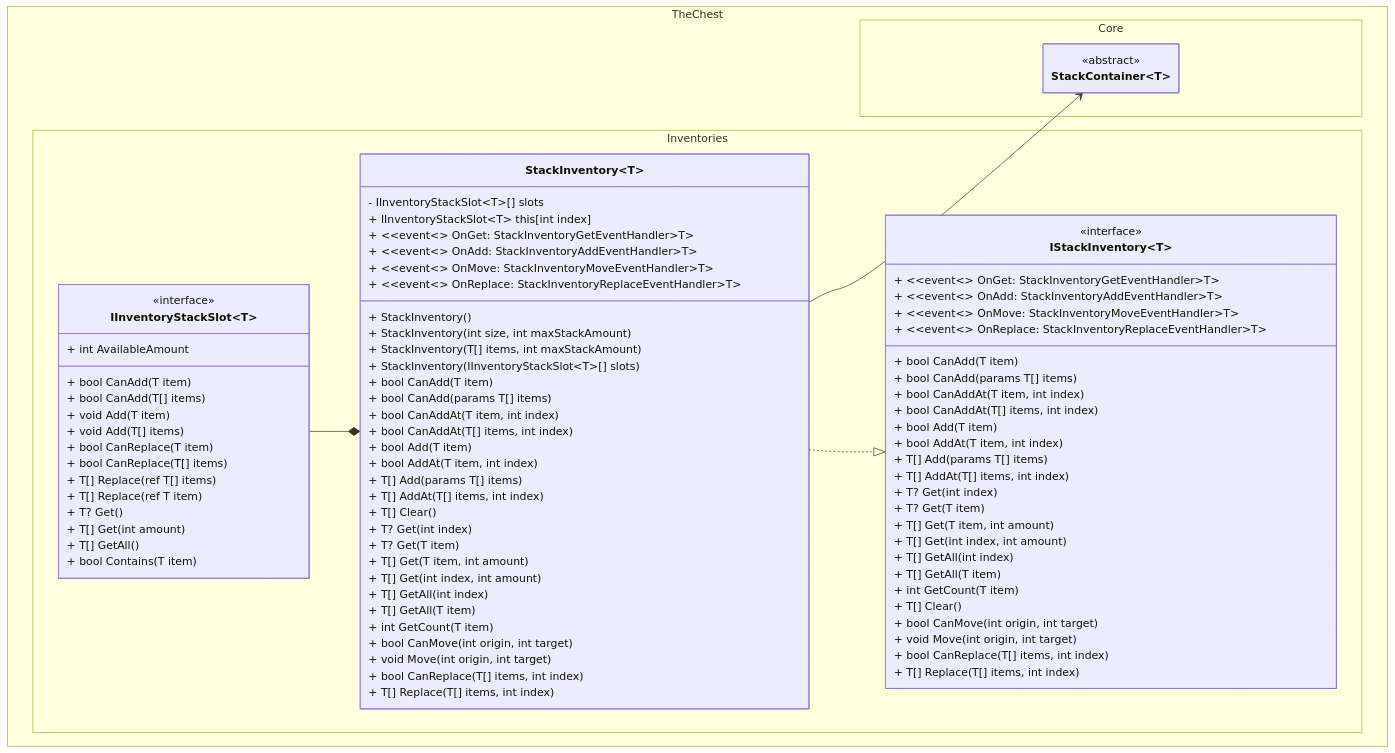
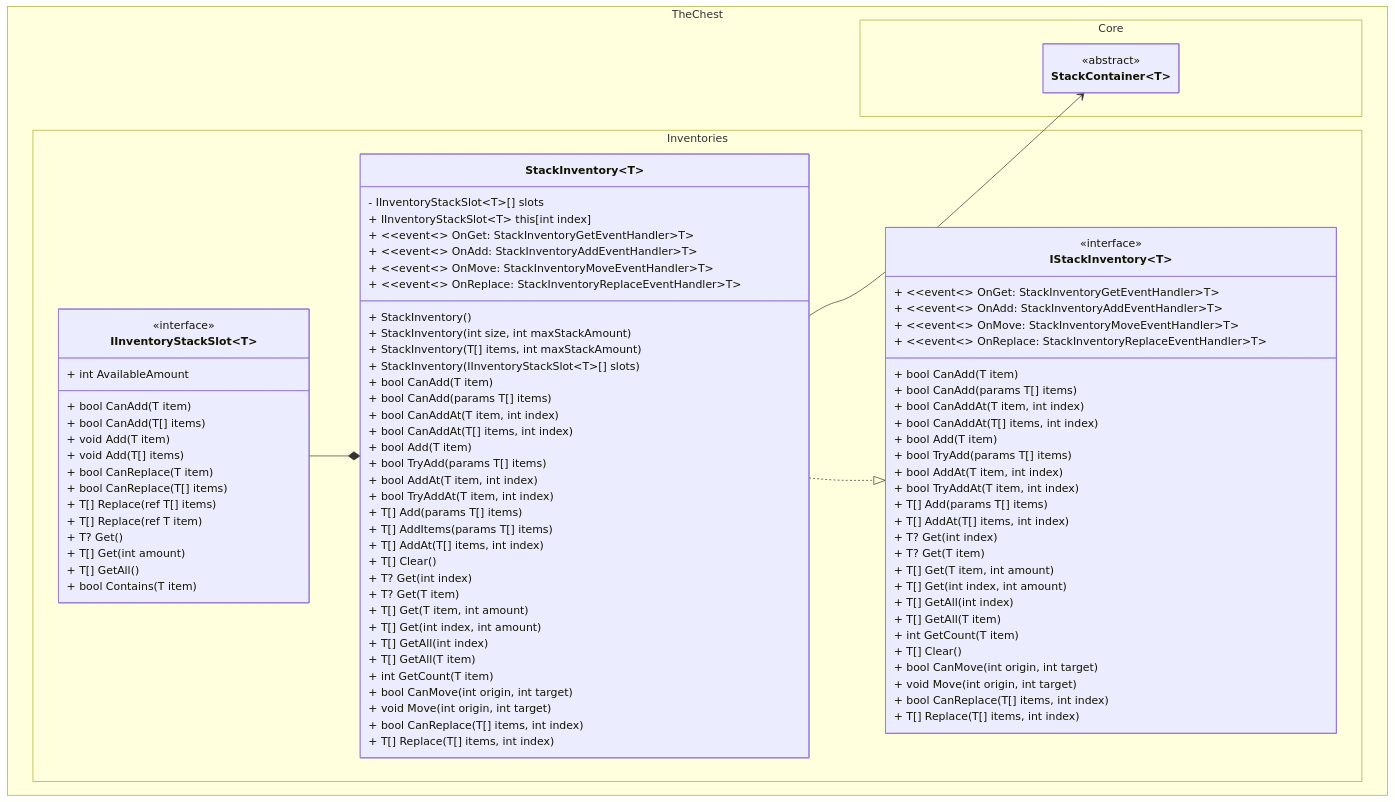
Before and after one commit to The-Chest/TheChest.Inventories: the first of 2 diagrams in docs/stack_inventory/class_diagram.md, drawn with Mermaid. The commit also changed 31 other files, not shown here.

```diff
--- a/docs/stack_inventory/class_diagram.md
+++ b/docs/stack_inventory/class_diagram.md
@@ -37,8 +37,11 @@
 	        + bool CanAddAt(T[] items, int index)
 
             + bool Add(T item)
+            + bool TryAdd(params T[] items)
             + bool AddAt(T item, int index)
+            + bool TryAddAt(T item, int index)
             + T[] Add(params T[] items)
+            + T[] AddItems(params T[] items)
             + T[] AddAt(T[] items, int index)
 
             + T[] Clear()
@@ -90,7 +93,9 @@
 	        + bool CanAddAt(T[] items, int index)
 
             + bool Add(T item)
+            + bool TryAdd(params T[] items)
             + bool AddAt(T item, int index)
+            + bool TryAddAt(T item, int index)
             + T[] Add(params T[] items)
             + T[] AddAt(T[] items, int index)
 
```
